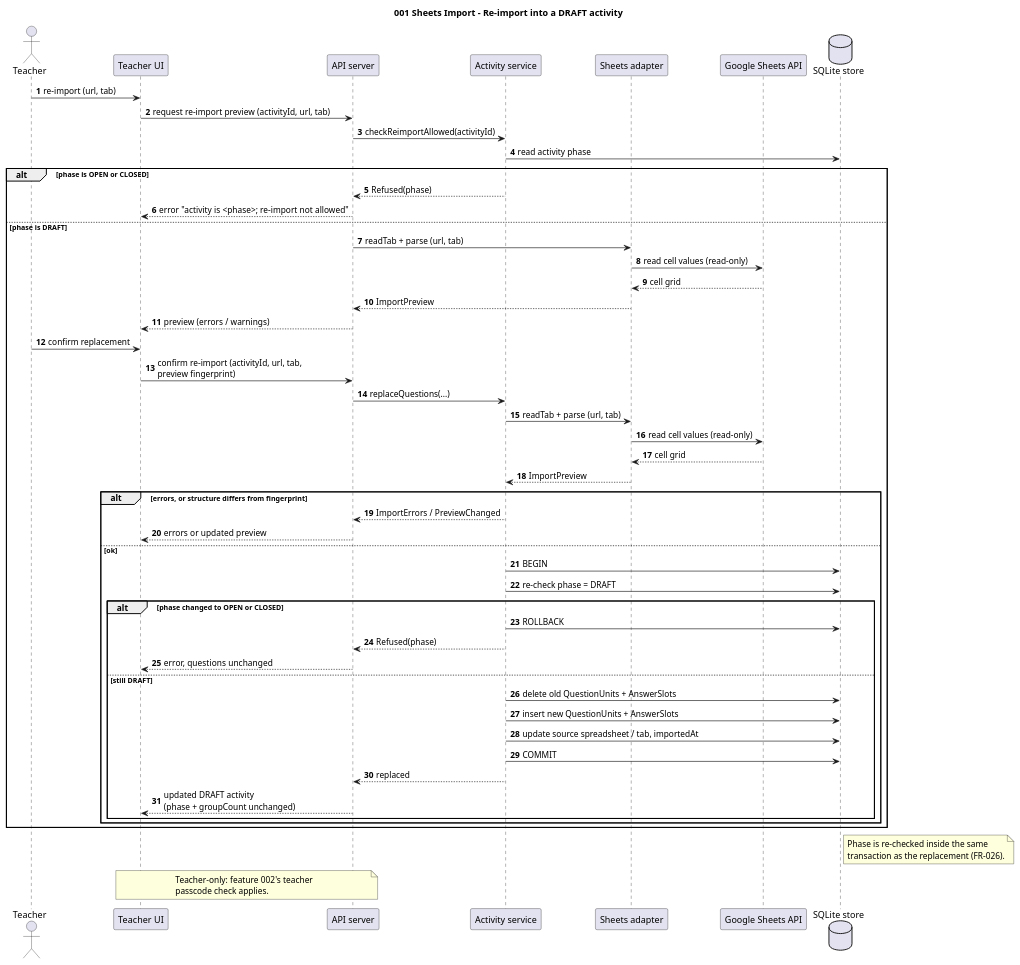
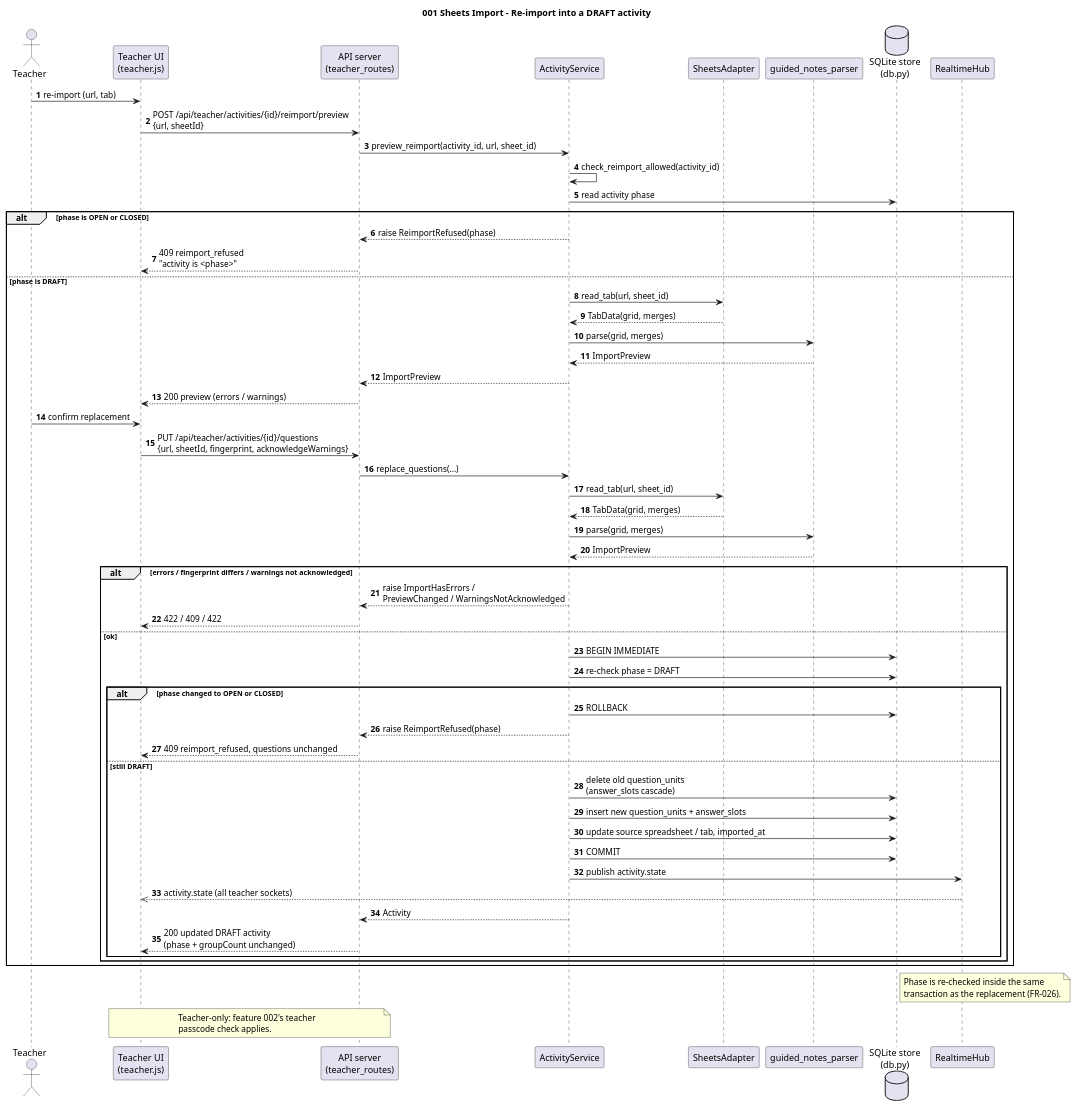
The diagram in diagrams/001-seq-reimport.puml (WasabiSaikou/quiz-buzzer), drawn with PlantUML before and after one commit. The commit also changed 16 other files, not shown here.

```diff
--- a/diagrams/001-seq-reimport.puml
+++ b/diagrams/001-seq-reimport.puml
@@ -1,66 +1,71 @@
 @startuml 001-seq-reimport
 title 001 Sheets Import - Re-import into a DRAFT activity
 
 skinparam shadowing false
 skinparam defaultFontName "Microsoft JhengHei"
 autonumber
 
 actor Teacher
-participant "Teacher UI" as TUI
-participant "API server" as API
-participant "Activity service" as ACT
-participant "Sheets adapter" as SA
-participant "Google Sheets API" as GSA
-database "SQLite store" as DB
+participant "Teacher UI\n(teacher.js)" as TUI
+participant "API server\n(teacher_routes)" as API
+participant "ActivityService" as ACT
+participant "SheetsAdapter" as SA
+participant "guided_notes_parser" as PARSER
+database "SQLite store\n(db.py)" as DB
+participant "RealtimeHub" as RT
 
 Teacher -> TUI : re-import (url, tab)
-TUI -> API : request re-import preview (activityId, url, tab)
-API -> ACT : checkReimportAllowed(activityId)
+TUI -> API : POST /api/teacher/activities/{id}/reimport/preview\n{url, sheetId}
+API -> ACT : preview_reimport(activity_id, url, sheet_id)
+ACT -> ACT : check_reimport_allowed(activity_id)
 ACT -> DB : read activity phase
 alt phase is OPEN or CLOSED
-  ACT --> API : Refused(phase)
-  API --> TUI : error "activity is <phase>; re-import not allowed"
+  ACT --> API : raise ReimportRefused(phase)
+  API --> TUI : 409 reimport_refused\n"activity is <phase>"
 else phase is DRAFT
-  API -> SA : readTab + parse (url, tab)
-  SA -> GSA : read cell values (read-only)
-  GSA --> SA : cell grid
-  SA --> API : ImportPreview
-  API --> TUI : preview (errors / warnings)
+  ACT -> SA : read_tab(url, sheet_id)
+  SA --> ACT : TabData(grid, merges)
+  ACT -> PARSER : parse(grid, merges)
+  PARSER --> ACT : ImportPreview
+  ACT --> API : ImportPreview
+  API --> TUI : 200 preview (errors / warnings)
   Teacher -> TUI : confirm replacement
-  TUI -> API : confirm re-import (activityId, url, tab,\npreview fingerprint)
-  API -> ACT : replaceQuestions(...)
-  ACT -> SA : readTab + parse (url, tab)
-  SA -> GSA : read cell values (read-only)
-  GSA --> SA : cell grid
-  SA --> ACT : ImportPreview
-  alt errors, or structure differs from fingerprint
-    ACT --> API : ImportErrors / PreviewChanged
-    API --> TUI : errors or updated preview
+  TUI -> API : PUT /api/teacher/activities/{id}/questions\n{url, sheetId, fingerprint, acknowledgeWarnings}
+  API -> ACT : replace_questions(...)
+  ACT -> SA : read_tab(url, sheet_id)
+  SA --> ACT : TabData(grid, merges)
+  ACT -> PARSER : parse(grid, merges)
+  PARSER --> ACT : ImportPreview
+  alt errors / fingerprint differs / warnings not acknowledged
+    ACT --> API : raise ImportHasErrors /\nPreviewChanged / WarningsNotAcknowledged
+    API --> TUI : 422 / 409 / 422
   else ok
-    ACT -> DB : BEGIN
+    ACT -> DB : BEGIN IMMEDIATE
     ACT -> DB : re-check phase = DRAFT
     alt phase changed to OPEN or CLOSED
       ACT -> DB : ROLLBACK
-      ACT --> API : Refused(phase)
-      API --> TUI : error, questions unchanged
+      ACT --> API : raise ReimportRefused(phase)
+      API --> TUI : 409 reimport_refused, questions unchanged
     else still DRAFT
-      ACT -> DB : delete old QuestionUnits + AnswerSlots
-      ACT -> DB : insert new QuestionUnits + AnswerSlots
-      ACT -> DB : update source spreadsheet / tab, importedAt
+      ACT -> DB : delete old question_units\n(answer_slots cascade)
+      ACT -> DB : insert new question_units + answer_slots
+      ACT -> DB : update source spreadsheet / tab, imported_at
       ACT -> DB : COMMIT
-      ACT --> API : replaced
-      API --> TUI : updated DRAFT activity\n(phase + groupCount unchanged)
+      ACT -> RT : publish activity.state
+      RT -->> TUI : activity.state (all teacher sockets)
+      ACT --> API : Activity
+      API --> TUI : 200 updated DRAFT activity\n(phase + groupCount unchanged)
     end
   end
 end
 
 note right of DB
   Phase is re-checked inside the same
   transaction as the replacement (FR-026).
 end note
 
 note over TUI, API
   Teacher-only: feature 002's teacher
   passcode check applies.
 end note
 @enduml
```
